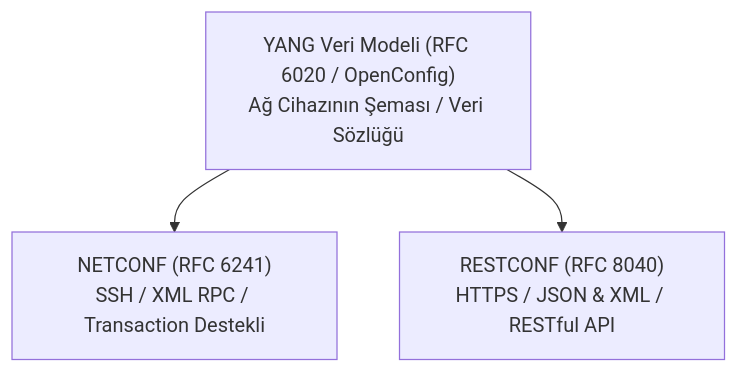
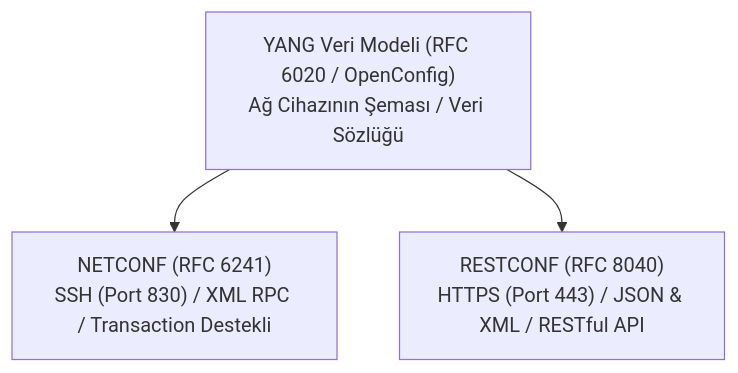
The diagram in src/content/docs/10-ag-otomasyonu-ve-netdevops/02-modern-yonetim-protokolleri-netconf-restconf-yang.md (ytalharabaci/ag-yonetimi-ve-guvenligi), drawn with Mermaid before and after one commit. The commit also changed other lines of this file and 14 other files, not shown here.

Commit message:
feat: icerik zenginlestirme, mermaid duzeltmeleri ve performans optimizasyonlari

````diff
--- a/src/content/docs/10-ag-otomasyonu-ve-netdevops/02-modern-yonetim-protokolleri-netconf-restconf-yang.md
+++ b/src/content/docs/10-ag-otomasyonu-ve-netdevops/02-modern-yonetim-protokolleri-netconf-restconf-yang.md
@@ -16,6 +16,6 @@
 ```mermaid
 flowchart TD
     YANG["YANG Veri Modeli (RFC 6020 / OpenConfig)<br>Ağ Cihazının Şeması / Veri Sözlüğü"]
-    YANG --> NETCONF["NETCONF (RFC 6241)<br>SSH / XML RPC / Transaction Destekli"]
-    YANG --> RESTCONF["RESTCONF (RFC 8040)<br>HTTPS / JSON & XML / RESTful API"]
+    YANG --> NETCONF["NETCONF (RFC 6241)<br>SSH (Port 830) / XML RPC / Transaction Destekli"]
+    YANG --> RESTCONF["RESTCONF (RFC 8040)<br>HTTPS (Port 443) / JSON & XML / RESTful API"]
 ```
````
